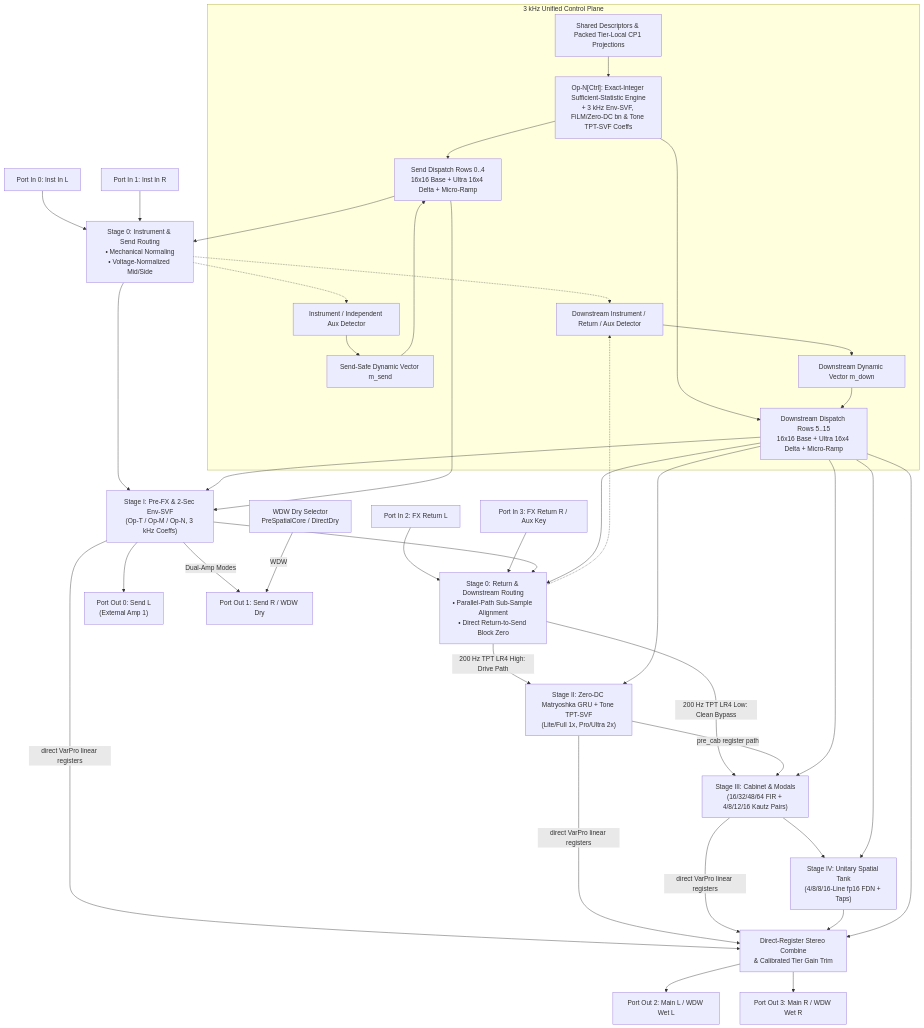
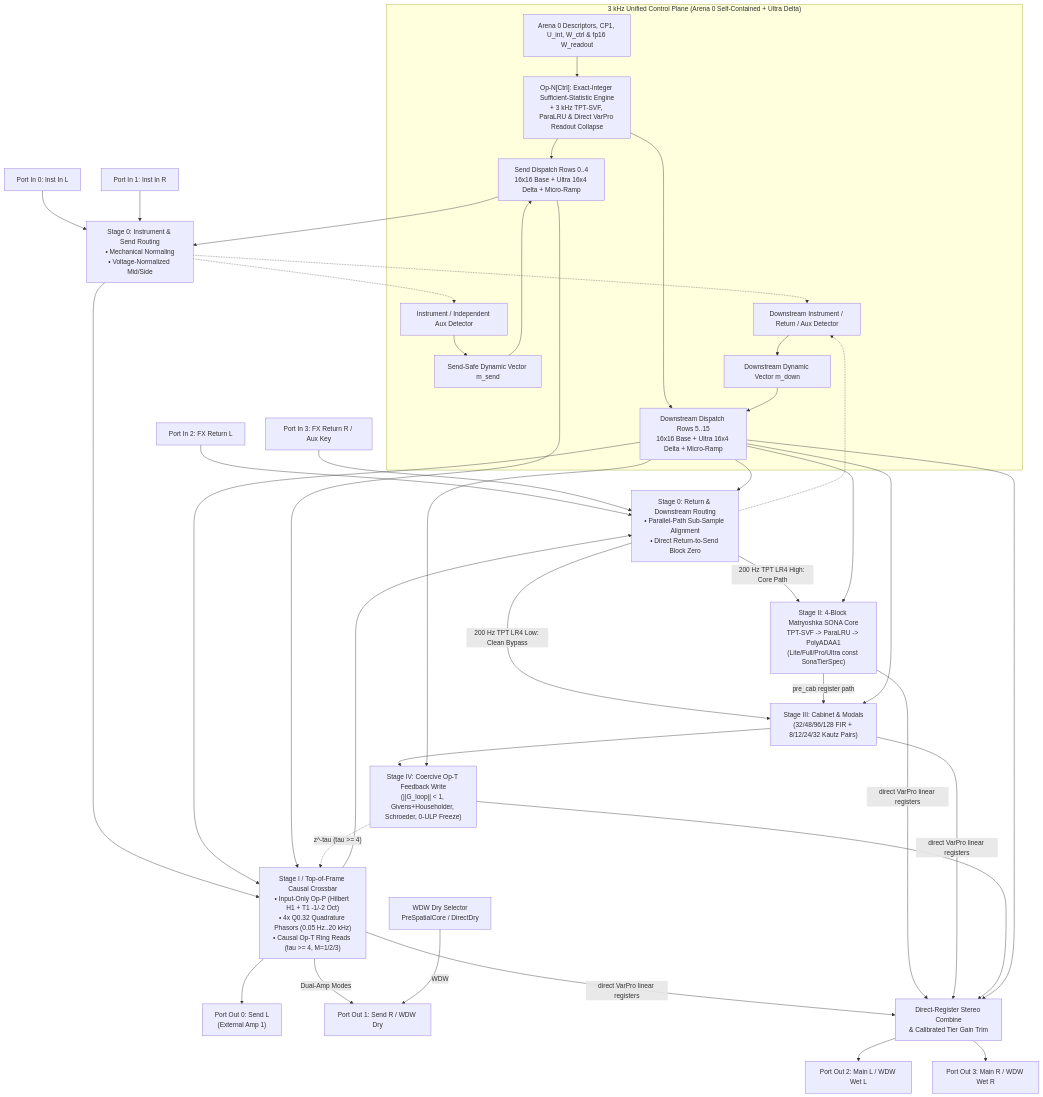
One commit to mokugen/dnam changed the diagram in docs/specs/dsp/router_and_stages_topology.md. Above: the diagram before and after it, drawn with Mermaid. The commit also changed other lines of this file and 99 other files, not shown here.

Commit message:
docs(specs): cut over canonical architecture and v3.0 specs to SONA + WebGPU

````diff
--- a/docs/specs/dsp/router_and_stages_topology.md
+++ b/docs/specs/dsp/router_and_stages_topology.md
@@ -35,35 +34,36 @@
 ```mermaid
 flowchart TD
-    subgraph ControlBusGroup ["3 kHz Unified Control Plane"]
-        CtrlSrc["Shared Descriptors & Packed Tier-Local CP1 Projections"] --> OpN["Op-N[Ctrl]: Exact-Integer Sufficient-Statistic Engine<br/>+ 3 kHz Env-SVF, FiLM/Zero-DC bn & Tone TPT-SVF Coeffs"]
+    subgraph ControlBusGroup ["3 kHz Unified Control Plane (Arena 0 Self-Contained + Ultra Delta)"]
+        CtrlSrc["Arena 0 Descriptors, CP1, U_int, W_ctrl & fp16 W_readout"] --> OpN["Op-N[Ctrl]: Exact-Integer Sufficient-Statistic Engine<br/>+ 3 kHz TPT-SVF, ParaLRU & Direct VarPro Readout Collapse"]
         SendDetector["Instrument / Independent Aux Detector"] --> SendMod["Send-Safe Dynamic Vector m_send"]
         DownDetector["Downstream Instrument / Return / Aux Detector"] --> DownMod["Downstream Dynamic Vector m_down"]
         OpN & SendMod --> SendBus["Send Dispatch Rows 0..4<br/>16x16 Base + Ultra 16x4 Delta + Micro-Ramp"]
         OpN & DownMod --> DownBus["Downstream Dispatch Rows 5..15<br/>16x16 Base + Ultra 16x4 Delta + Micro-Ramp"]
     end
 
     In0["Port In 0: Inst In L"] & In1["Port In 1: Inst In R"] --> PreRouter["Stage 0: Instrument & Send Routing<br/>• Mechanical Normaling<br/>• Voltage-Normalized Mid/Side"]
     In2["Port In 2: FX Return L"] & In3["Port In 3: FX Return R / Aux Key"] --> DownRouter["Stage 0: Return & Downstream Routing<br/>• Parallel-Path Sub-Sample Alignment<br/>• Direct Return-to-Send Block Zero"]
     PreRouter -.-> SendDetector
     PreRouter & DownRouter -.-> DownDetector
 
-    PreRouter --> S1["Stage I: Pre-FX & 2-Sec Env-SVF<br/>(Op-T / Op-M / Op-N, 3 kHz Coeffs)"]
+    PreRouter --> S1["Stage I / Top-of-Frame Causal Crossbar<br/>• Input-Only Op-P (Hilbert H1 + T1 -1/-2 Oct)<br/>• 4x Q0.32 Quadrature Phasors (0.05 Hz..20 kHz)<br/>• Causal Op-T Ring Reads (tau >= 4, M=1/2/3)"]
     S1 --> Out0["Port Out 0: Send L<br/>(External Amp 1)"]
     S1 -->|"Dual-Amp Modes"| Out1["Port Out 1: Send R / WDW Dry"]
     DryTap["WDW Dry Selector<br/>PreSpatialCore / DirectDry"] -->|"WDW"| Out1
     S1 --> DownRouter
 
     DownRouter -->|"200 Hz TPT LR4 Low: Clean Bypass"| S3
-    DownRouter -->|"200 Hz TPT LR4 High: Drive Path"| S2["Stage II: Zero-DC Matryoshka GRU + Tone TPT-SVF<br/>(Lite/Full 1x, Pro/Ultra 2x)"]
-    S2 -->|"pre_cab register path"| S3["Stage III: Cabinet & Modals<br/>(16/32/48/64 FIR + 4/8/12/16 Kautz Pairs)"]
-    S3 --> S4["Stage IV: Unitary Spatial Tank<br/>(4/8/8/16-Line fp16 FDN + Taps)"]
+    DownRouter -->|"200 Hz TPT LR4 High: Core Path"| S2["Stage II: 4-Block Matryoshka SONA Core<br/>TPT-SVF -> ParaLRU -> PolyADAA1<br/>(Lite/Full/Pro/Ultra const SonaTierSpec)"]
+    S2 -->|"pre_cab register path"| S3["Stage III: Cabinet & Modals<br/>(32/48/96/128 FIR + 8/12/24/32 Kautz Pairs)"]
+    S3 --> S4["Stage IV: Coercive Op-T Feedback Write<br/>(||G_loop|| < 1, Givens+Householder, Schroeder, 0-ULP Freeze)"]
 
     DownBus --> DownRouter & S1 & S2 & S3 & S4
     SendBus --> PreRouter & S1
 
     S1 & S2 & S3 -->|"direct VarPro linear registers"| DirectOut["Direct-Register Stereo Combine<br/>& Calibrated Tier Gain Trim"]
     S4 --> DirectOut
+    S4 -. "z^-tau (tau >= 4)" .-> S1
     DownBus --> DirectOut
     DirectOut --> Out2["Port Out 2: Main L / WDW Wet L"]
     DirectOut --> Out3["Port Out 3: Main R / WDW Wet R"]
 ```
````
